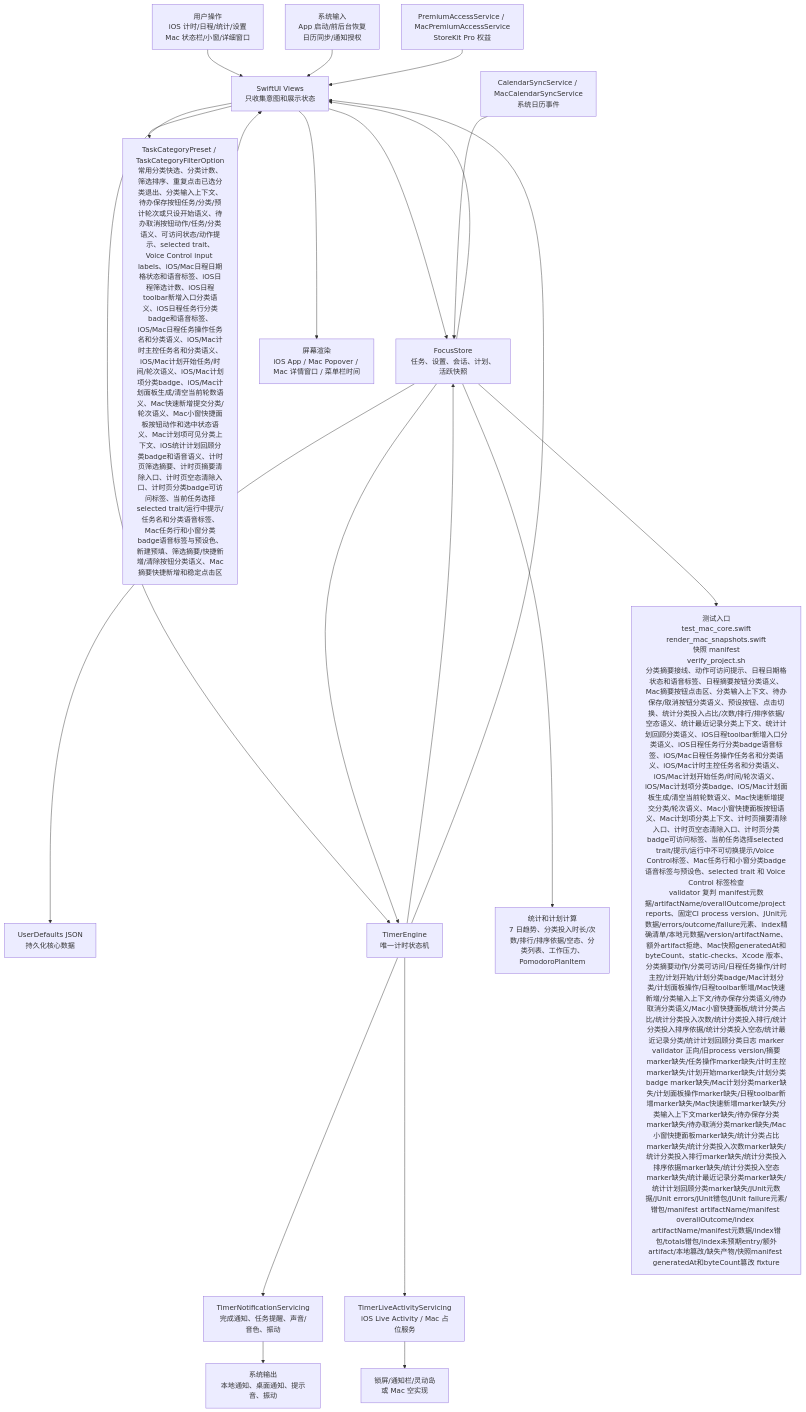
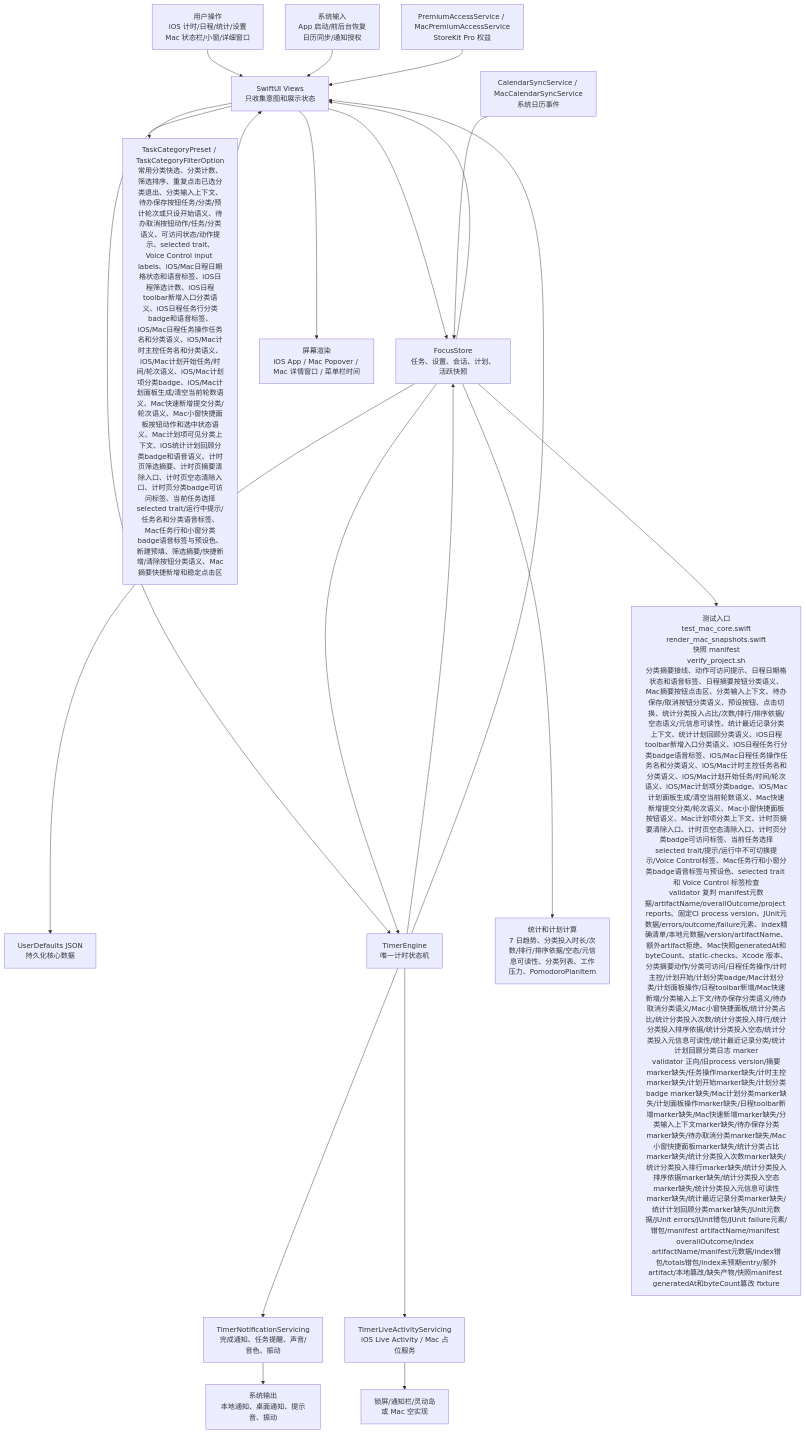
Before and after one commit to Altman-sam114/114: the first of 6 diagrams in md/flow/flowchart.md, drawn with Mermaid. The commit also changed other lines of this file and 9 other files, not shown here.

````diff
--- a/md/flow/flowchart.md
+++ b/md/flow/flowchart.md
@@ -9,23 +9,23 @@
 ```mermaid
 flowchart TD
   U["用户操作<br/>iOS 计时/日程/统计/设置<br/>Mac 状态栏/小窗/详细窗口"] --> V["SwiftUI Views<br/>只收集意图和展示状态"]
   SYS["系统输入<br/>App 启动/前后台恢复<br/>日历同步/通知授权"] --> V
   V --> S["FocusStore<br/>任务、设置、会话、计划、活跃快照"]
   V --> CAT["TaskCategoryPreset / TaskCategoryFilterOption<br/>常用分类快选、分类计数、筛选排序、重复点击已选分类退出、分类输入上下文、待办保存按钮任务/分类/预计轮次或只设开始语义、待办取消按钮动作/任务/分类语义、可访问状态/动作提示、selected trait、Voice Control input labels、iOS/Mac日程日期格状态和语音标签、iOS日程筛选计数、iOS日程toolbar新增入口分类语义、iOS日程任务行分类badge和语音标签、iOS/Mac日程任务操作任务名和分类语义、iOS/Mac计时主控任务名和分类语义、iOS/Mac计划开始任务/时间/轮次语义、iOS/Mac计划项分类badge、iOS/Mac计划面板生成/清空当前轮数语义、Mac快速新增提交分类/轮次语义、Mac小窗快捷面板按钮动作和选中状态语义、Mac计划项可见分类上下文、iOS统计计划回顾分类badge和语音语义、计时页筛选摘要、计时页摘要清除入口、计时页空态清除入口、计时页分类badge可访问标签、当前任务选择selected trait/运行中提示/任务名和分类语音标签、Mac任务行和小窗分类badge语音标签与预设色、新建预填、筛选摘要/快捷新增/清除按钮分类语义、Mac摘要快捷新增和稳定点击区"]
   CAT --> V
   S --> P["UserDefaults JSON<br/>持久化核心数据"]
   V --> E["TimerEngine<br/>唯一计时状态机"]
   S --> E
   E --> S
   E --> N["TimerNotificationServicing<br/>完成通知、任务提醒、声音/音色、振动"]
   E --> L["TimerLiveActivityServicing<br/>iOS Live Activity / Mac 占位服务"]
-  S --> C["统计和计划计算<br/>7 日趋势、分类投入时长/次数/排行/排序依据/空态、分类列表、工作压力、PomodoroPlanItem"]
+  S --> C["统计和计划计算<br/>7 日趋势、分类投入时长/次数/排行/排序依据/空态/元信息可读性、分类列表、工作压力、PomodoroPlanItem"]
   CAL["CalendarSyncService / MacCalendarSyncService<br/>系统日历事件"] --> S
   PRO["PremiumAccessService / MacPremiumAccessService<br/>StoreKit Pro 权益"] --> V
   S --> V
   E --> V
   V --> OUT["屏幕渲染<br/>iOS App / Mac Popover / Mac 详情窗口 / 菜单栏时间"]
   N --> OUT2["系统输出<br/>本地通知、桌面通知、提示音、振动"]
   L --> OUT3["锁屏/通知栏/灵动岛<br/>或 Mac 空实现"]
-  S --> T["测试入口<br/>test_mac_core.swift<br/>render_mac_snapshots.swift<br/>快照 manifest<br/>verify_project.sh<br/>分类摘要接线、动作可访问提示、日程日期格状态和语音标签、日程摘要按钮分类语义、Mac摘要按钮点击区、分类输入上下文、待办保存/取消按钮分类语义、预设按钮、点击切换、统计分类投入占比/次数/排行/排序依据/空态语义、统计最近记录分类上下文、统计计划回顾分类语义、iOS日程toolbar新增入口分类语义、iOS日程任务行分类badge语音标签、iOS/Mac日程任务操作任务名和分类语义、iOS/Mac计时主控任务名和分类语义、iOS/Mac计划开始任务/时间/轮次语义、iOS/Mac计划项分类badge、iOS/Mac计划面板生成/清空当前轮数语义、Mac快速新增提交分类/轮次语义、Mac小窗快捷面板按钮语义、Mac计划项分类上下文、计时页摘要清除入口、计时页空态清除入口、计时页分类badge可访问标签、当前任务选择selected trait/提示/运行中不可切换提示/Voice Control标签、Mac任务行和小窗分类badge语音标签与预设色、selected trait 和 Voice Control 标签检查<br/>validator 复判 manifest元数据/artifactName/overallOutcome/project reports、固定CI process version、JUnit元数据/errors/outcome/failure元素、index精确清单/本地元数据/version/artifactName、额外artifact拒绝、Mac快照generatedAt和byteCount、static-checks、Xcode 版本、分类摘要动作/分类可访问/日程任务操作/计时主控/计划开始/计划分类badge/Mac计划分类/计划面板操作/日程toolbar新增/Mac快速新增/分类输入上下文/待办保存分类语义/待办取消分类语义/Mac小窗快捷面板/统计分类占比/统计分类投入次数/统计分类投入排行/统计分类投入排序依据/统计分类投入空态/统计最近记录分类/统计计划回顾分类日志 marker<br/>validator 正向/旧process version/摘要marker缺失/任务操作marker缺失/计时主控marker缺失/计划开始marker缺失/计划分类badge marker缺失/Mac计划分类marker缺失/计划面板操作marker缺失/日程toolbar新增marker缺失/Mac快速新增marker缺失/分类输入上下文marker缺失/待办保存分类marker缺失/待办取消分类marker缺失/Mac小窗快捷面板marker缺失/统计分类占比marker缺失/统计分类投入次数marker缺失/统计分类投入排行marker缺失/统计分类投入排序依据marker缺失/统计分类投入空态marker缺失/统计最近记录分类marker缺失/统计计划回顾分类marker缺失/JUnit元数据/JUnit errors/JUnit错包/JUnit failure元素/错包/manifest artifactName/manifest overallOutcome/index artifactName/manifest元数据/index错包/totals错包/index未预期entry/额外artifact/本地篡改/缺失产物/快照manifest generatedAt和byteCount篡改 fixture"]
+  S --> T["测试入口<br/>test_mac_core.swift<br/>render_mac_snapshots.swift<br/>快照 manifest<br/>verify_project.sh<br/>分类摘要接线、动作可访问提示、日程日期格状态和语音标签、日程摘要按钮分类语义、Mac摘要按钮点击区、分类输入上下文、待办保存/取消按钮分类语义、预设按钮、点击切换、统计分类投入占比/次数/排行/排序依据/空态语义/元信息可读性、统计最近记录分类上下文、统计计划回顾分类语义、iOS日程toolbar新增入口分类语义、iOS日程任务行分类badge语音标签、iOS/Mac日程任务操作任务名和分类语义、iOS/Mac计时主控任务名和分类语义、iOS/Mac计划开始任务/时间/轮次语义、iOS/Mac计划项分类badge、iOS/Mac计划面板生成/清空当前轮数语义、Mac快速新增提交分类/轮次语义、Mac小窗快捷面板按钮语义、Mac计划项分类上下文、计时页摘要清除入口、计时页空态清除入口、计时页分类badge可访问标签、当前任务选择selected trait/提示/运行中不可切换提示/Voice Control标签、Mac任务行和小窗分类badge语音标签与预设色、selected trait 和 Voice Control 标签检查<br/>validator 复判 manifest元数据/artifactName/overallOutcome/project reports、固定CI process version、JUnit元数据/errors/outcome/failure元素、index精确清单/本地元数据/version/artifactName、额外artifact拒绝、Mac快照generatedAt和byteCount、static-checks、Xcode 版本、分类摘要动作/分类可访问/日程任务操作/计时主控/计划开始/计划分类badge/Mac计划分类/计划面板操作/日程toolbar新增/Mac快速新增/分类输入上下文/待办保存分类语义/待办取消分类语义/Mac小窗快捷面板/统计分类占比/统计分类投入次数/统计分类投入排行/统计分类投入排序依据/统计分类投入空态/统计分类投入元信息可读性/统计最近记录分类/统计计划回顾分类日志 marker<br/>validator 正向/旧process version/摘要marker缺失/任务操作marker缺失/计时主控marker缺失/计划开始marker缺失/计划分类badge marker缺失/Mac计划分类marker缺失/计划面板操作marker缺失/日程toolbar新增marker缺失/Mac快速新增marker缺失/分类输入上下文marker缺失/待办保存分类marker缺失/待办取消分类marker缺失/Mac小窗快捷面板marker缺失/统计分类占比marker缺失/统计分类投入次数marker缺失/统计分类投入排行marker缺失/统计分类投入排序依据marker缺失/统计分类投入空态marker缺失/统计分类投入元信息可读性marker缺失/统计最近记录分类marker缺失/统计计划回顾分类marker缺失/JUnit元数据/JUnit errors/JUnit错包/JUnit failure元素/错包/manifest artifactName/manifest overallOutcome/index artifactName/manifest元数据/index错包/totals错包/index未预期entry/额外artifact/本地篡改/缺失产物/快照manifest generatedAt和byteCount篡改 fixture"]
 ```
````
